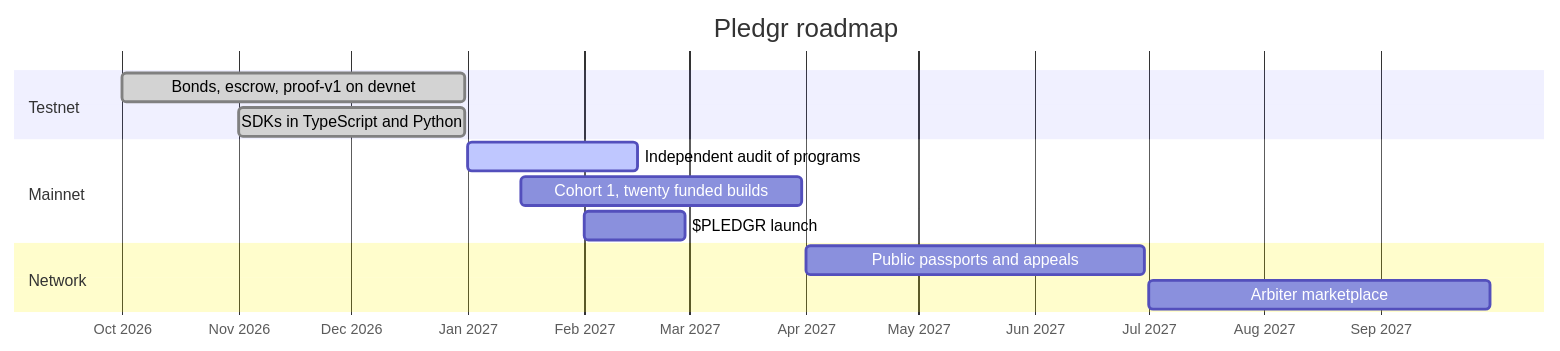
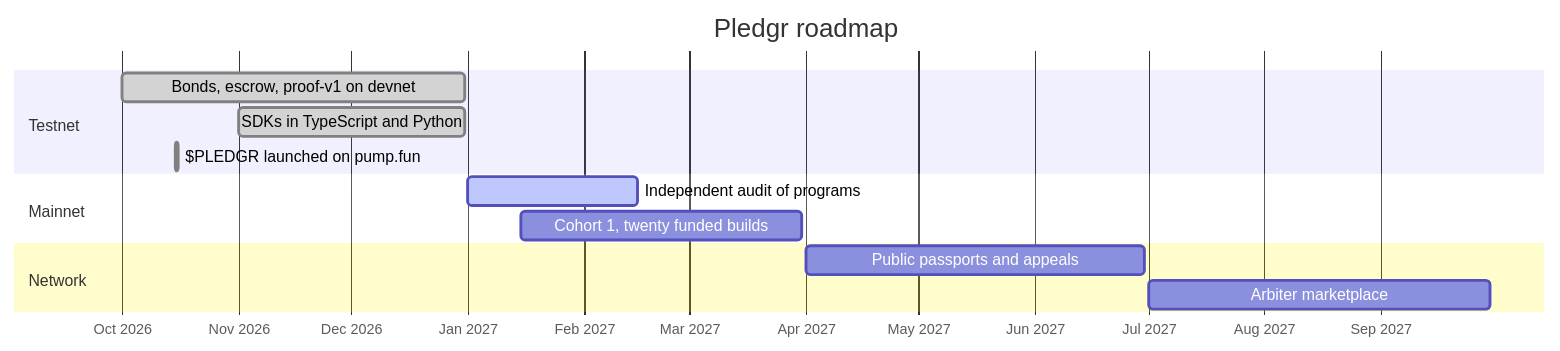
The ninth of 9 diagrams in README.md (ypledgr/YPledgr), drawn with Mermaid before and after one commit. The commit also changed other lines of this file, not shown here.

````diff
--- a/README.md
+++ b/README.md
@@ -433,16 +446,16 @@
 ```mermaid
 gantt
     title Pledgr roadmap
     dateFormat  YYYY-MM-DD
     axisFormat  %b %Y
     section Testnet
     Bonds, escrow, proof-v1 on devnet     :done,    t1, 2026-10-01, 2026-12-31
     SDKs in TypeScript and Python         :done,    t2, 2026-11-01, 2026-12-31
+    $PLEDGR launched on pump.fun          :done,    t3, 2026-10-15, 2026-10-16
     section Mainnet
     Independent audit of programs         :active,  m1, 2027-01-01, 2027-02-15
     Cohort 1, twenty funded builds        :         m2, 2027-01-15, 2027-03-31
-    $PLEDGR launch                        :         m3, 2027-02-01, 2027-02-28
     section Network
     Public passports and appeals          :         n1, 2027-04-01, 2027-06-30
     Arbiter marketplace                   :         n2, 2027-07-01, 2027-09-30
 ```
````
